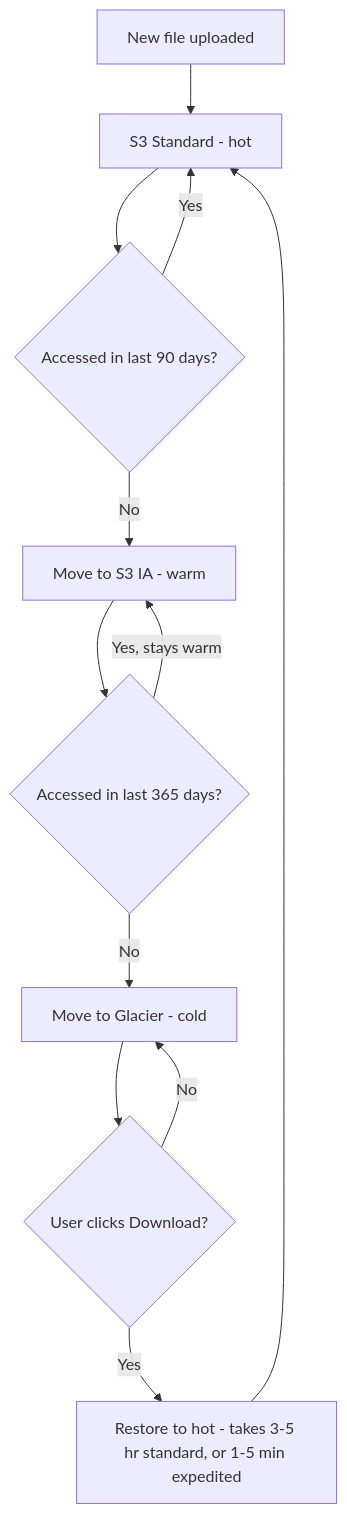
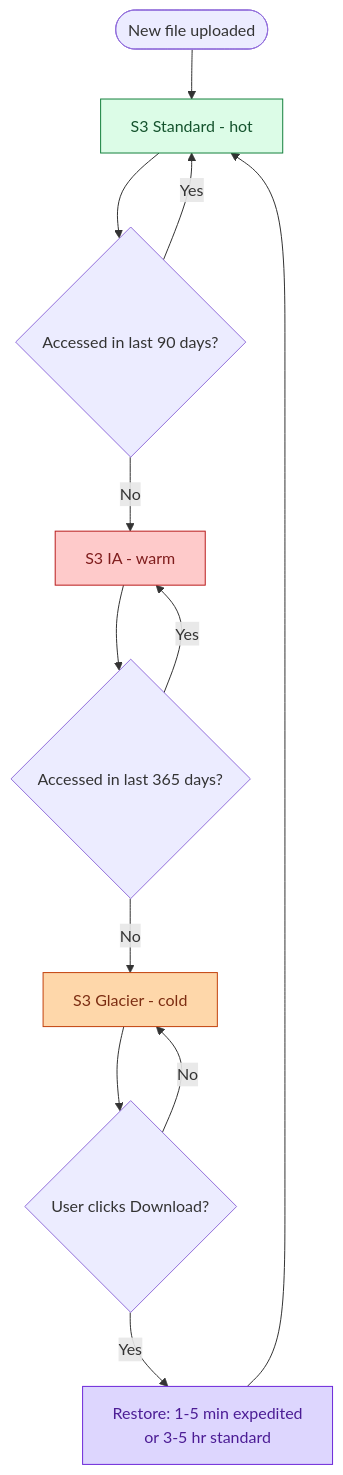
Diagram 12 of 12 in problems/020-file-upload-share/question.md (shiningflash/system-design), drawn with Mermaid before and after one commit. The commit also changed other lines of this file and 38 other files, not shown here.

````diff
--- a/problems/020-file-upload-share/question.md
+++ b/problems/020-file-upload-share/question.md
@@ -454,14 +639,19 @@
 ```mermaid
 flowchart TD
-    A[New file uploaded] --> B[S3 Standard - hot]
+    A([New file uploaded]) --> B["S3 Standard - hot"]:::app
     B --> C{Accessed in last 90 days?}
     C -->|Yes| B
-    C -->|No| D[Move to S3 IA - warm]
+    C -->|No| D["S3 IA - warm"]:::cache
     D --> E{Accessed in last 365 days?}
-    E -->|Yes, stays warm| D
-    E -->|No| F[Move to Glacier - cold]
+    E -->|Yes| D
+    E -->|No| F["S3 Glacier - cold"]:::db
     F --> G{User clicks Download?}
     G -->|No| F
-    G -->|Yes| H[Restore to hot - takes 3-5 hr standard, or 1-5 min expedited]
+    G -->|Yes| H["Restore: 1-5 min expedited<br/>or 3-5 hr standard"]:::queue
     H --> B
+
+    classDef app   fill:#dcfce7,stroke:#15803d,color:#14532d
+    classDef cache fill:#fecaca,stroke:#b91c1c,color:#7f1d1d
+    classDef db    fill:#fed7aa,stroke:#c2410c,color:#7c2d12
+    classDef queue fill:#ddd6fe,stroke:#6d28d9,color:#4c1d95
 ```
````
